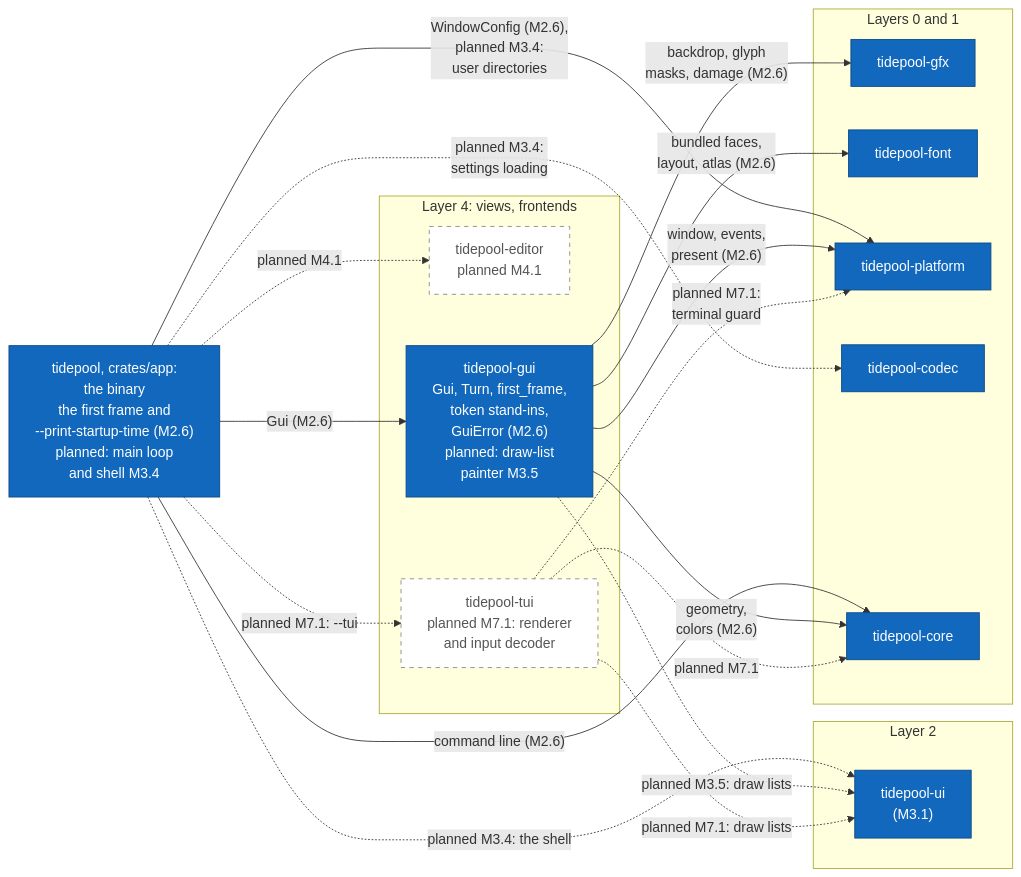
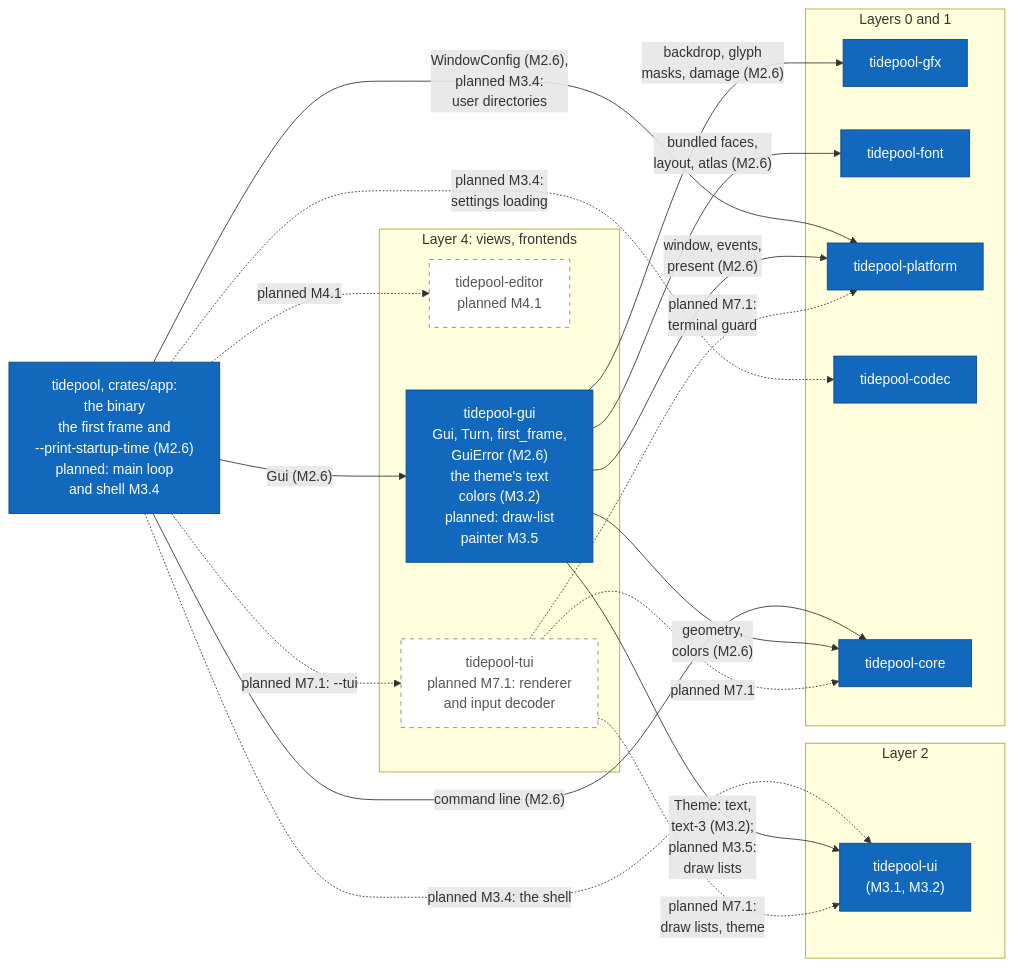
Before and after one commit to jabbott-iii/Tidepool: the tenth of 17 diagrams in diagrams/c4-architecture.md, drawn with Mermaid. The commit also changed other lines of this file and 50 other files, not shown here.

````diff
--- a/diagrams/c4-architecture.md
+++ b/diagrams/c4-architecture.md
@@ -519,40 +531,40 @@
 ```mermaid
 flowchart LR
     k_app["tidepool, crates/app:<br/>the binary<br/>the first frame and<br/>--print-startup-time (M2.6)<br/>planned: main loop<br/>and shell M3.4"]
     subgraph L4["Layer 4: views, frontends"]
         k_editor["tidepool-editor<br/>planned M4.1"]
-        k_gui["tidepool-gui<br/>Gui, Turn, first_frame,<br/>token stand-ins,<br/>GuiError (M2.6)<br/>planned: draw-list<br/>painter M3.5"]
+        k_gui["tidepool-gui<br/>Gui, Turn, first_frame,<br/>GuiError (M2.6)<br/>the theme's text<br/>colors (M3.2)<br/>planned: draw-list<br/>painter M3.5"]
         k_tui["tidepool-tui<br/>planned M7.1: renderer<br/>and input decoder"]
     end
     subgraph L2["Layer 2"]
-        k_ui["tidepool-ui<br/>(M3.1)"]
+        k_ui["tidepool-ui<br/>(M3.1, M3.2)"]
     end
     subgraph L01["Layers 0 and 1"]
         k_gfx["tidepool-gfx"]
         k_font["tidepool-font"]
         k_platform["tidepool-platform"]
         k_codec["tidepool-codec"]
         k_core["tidepool-core"]
     end
 
     k_app -->|"Gui (M2.6)"| k_gui
     k_app -.->|"planned M7.1: --tui"| k_tui
     k_app -.->|"planned M4.1"| k_editor
     k_app -.->|"planned M3.4: the shell"| k_ui
     k_app -.->|"planned M3.4:<br/>settings loading"| k_codec
     k_app -->|"WindowConfig (M2.6),<br/>planned M3.4:<br/>user directories"| k_platform
     k_app -->|"command line (M2.6)"| k_core
     k_gui -->|"geometry,<br/>colors (M2.6)"| k_core
     k_gui -->|"window, events,<br/>present (M2.6)"| k_platform
     k_gui -->|"backdrop, glyph<br/>masks, damage (M2.6)"| k_gfx
     k_gui -->|"bundled faces,<br/>layout, atlas (M2.6)"| k_font
-    k_gui -.->|"planned M3.5: draw lists"| k_ui
+    k_gui -->|"Theme: text,<br/>text-3 (M3.2);<br/>planned M3.5:<br/>draw lists"| k_ui
     k_tui -.->|"planned M7.1"| k_core
     k_tui -.->|"planned M7.1:<br/>terminal guard"| k_platform
-    k_tui -.->|"planned M7.1: draw lists"| k_ui
+    k_tui -.->|"planned M7.1:<br/>draw lists, theme"| k_ui
 
     classDef built fill:#1168bd,stroke:#0b4884,color:#ffffff
     classDef planned fill:#ffffff,stroke:#888888,stroke-dasharray: 5 5,color:#555555
     class k_app,k_gui,k_platform,k_codec,k_gfx,k_font,k_core,k_ui built
     class k_editor,k_tui planned
 ```
````
